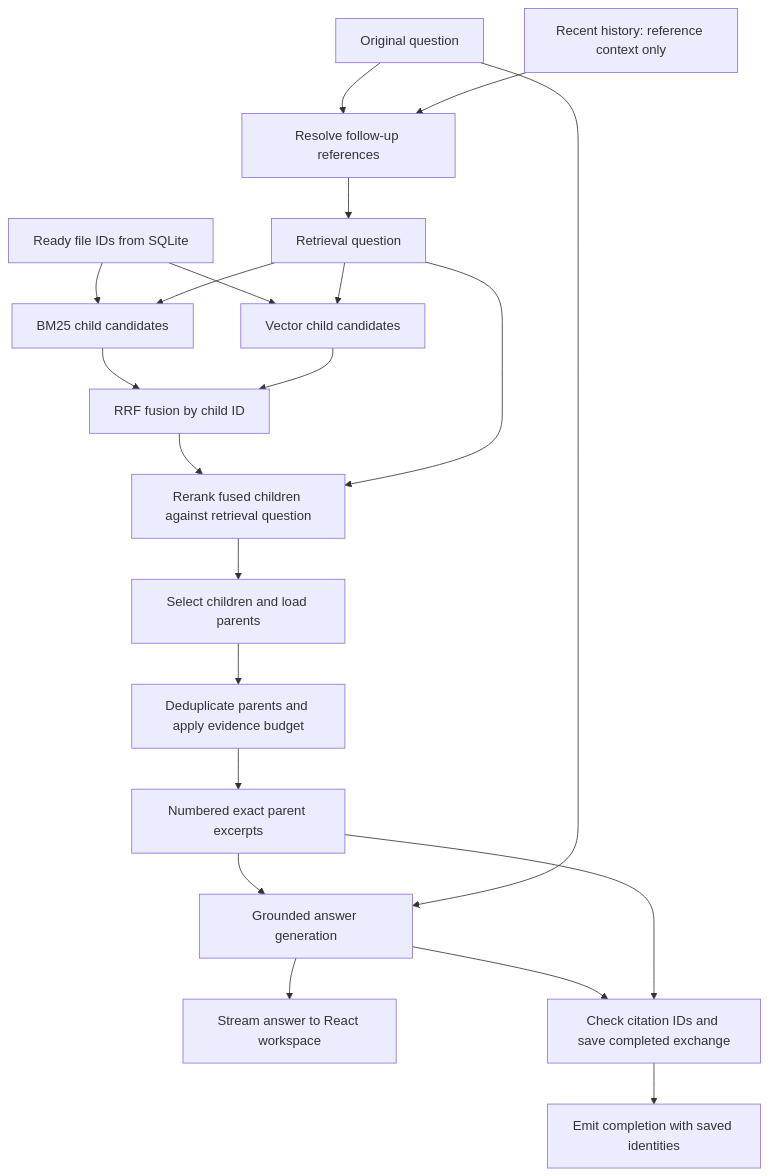
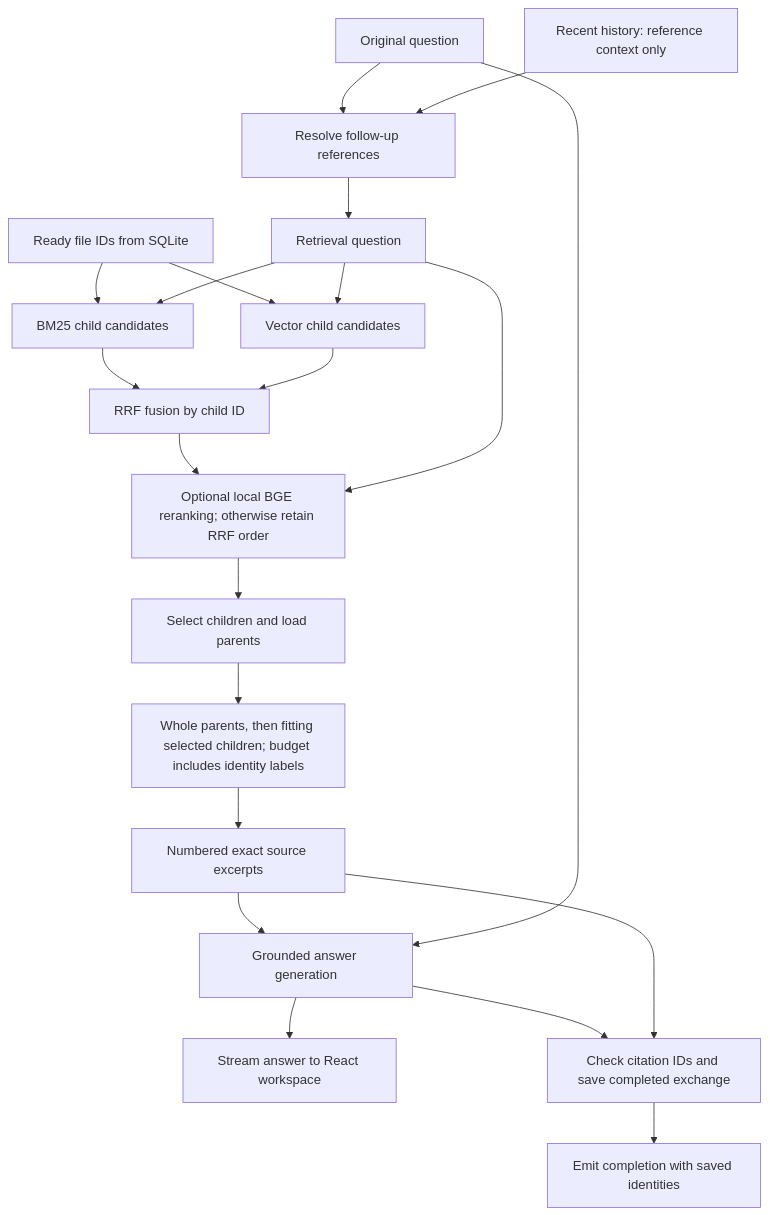
The second of 2 diagrams in docs/v1/v1-system-design.md (Shengyuan-Liu/KnowledgeBase), drawn with Mermaid before and after one commit. The commit also changed other lines of this file and 5 other files, not shown here.

First line of the commit message:
docs: reconcile v1 roadmap with implemented retrieval pipeline

````diff
--- a/docs/v1/v1-system-design.md
+++ b/docs/v1/v1-system-design.md
@@ -34,23 +35,23 @@
 ```mermaid
 flowchart TD
     Question["Original question"] --> Resolve["Resolve follow-up references"]
     History["Recent history: reference context only"] --> Resolve
     Resolve --> Query["Retrieval question"]
     Eligible["Ready file IDs from SQLite"] --> Lexical["BM25 child candidates"]
     Eligible --> Vector["Vector child candidates"]
     Query --> Lexical
     Query --> Vector
     Lexical --> RRF["RRF fusion by child ID"]
     Vector --> RRF
-    RRF --> Rerank["Rerank fused children against retrieval question"]
+    RRF --> Rerank["Optional local BGE reranking; otherwise retain RRF order"]
     Query --> Rerank
     Rerank --> Select["Select children and load parents"]
-    Select --> Pack["Deduplicate parents and apply evidence budget"]
-    Pack --> Evidence["Numbered exact parent excerpts"]
+    Select --> Pack["Whole parents, then fitting selected children; budget includes identity labels"]
+    Pack --> Evidence["Numbered exact source excerpts"]
     Evidence --> Generate["Grounded answer generation"]
     Question --> Generate
     Generate --> Stream["Stream answer to React workspace"]
     Generate --> Save["Check citation IDs and save completed exchange"]
     Evidence --> Save
     Save --> Complete["Emit completion with saved identities"]
 ```
````
